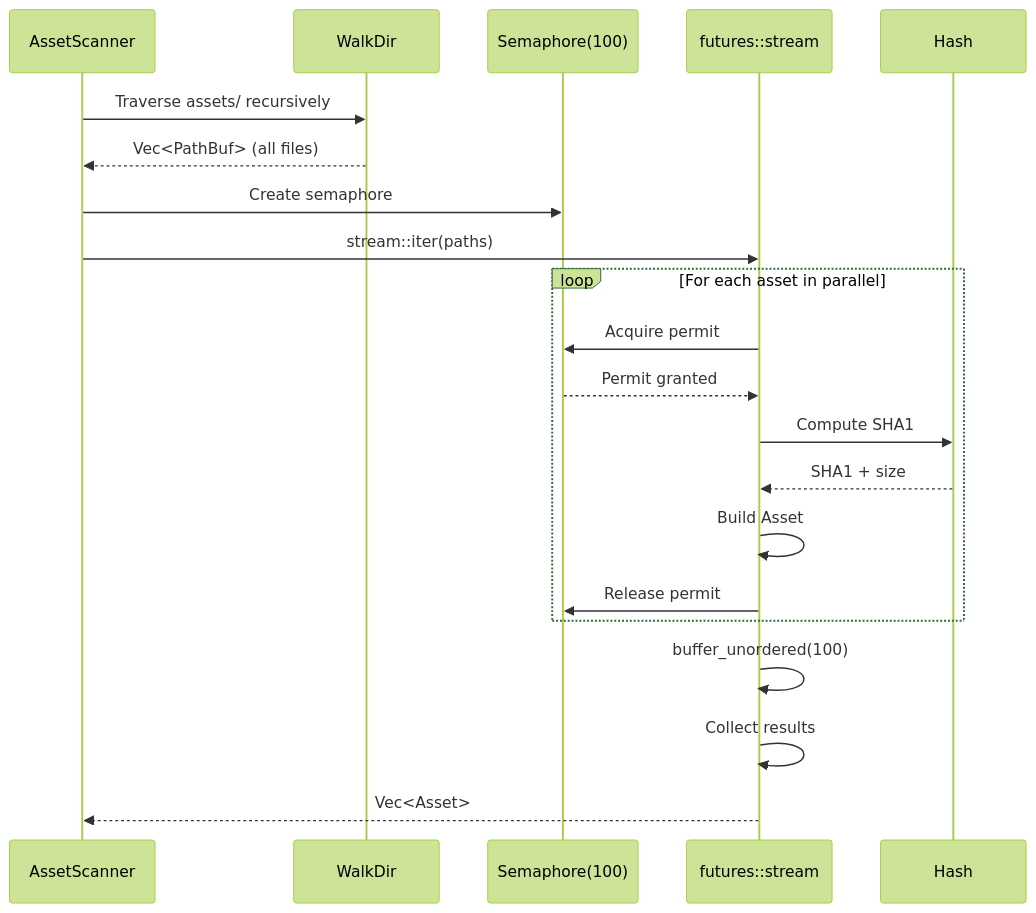
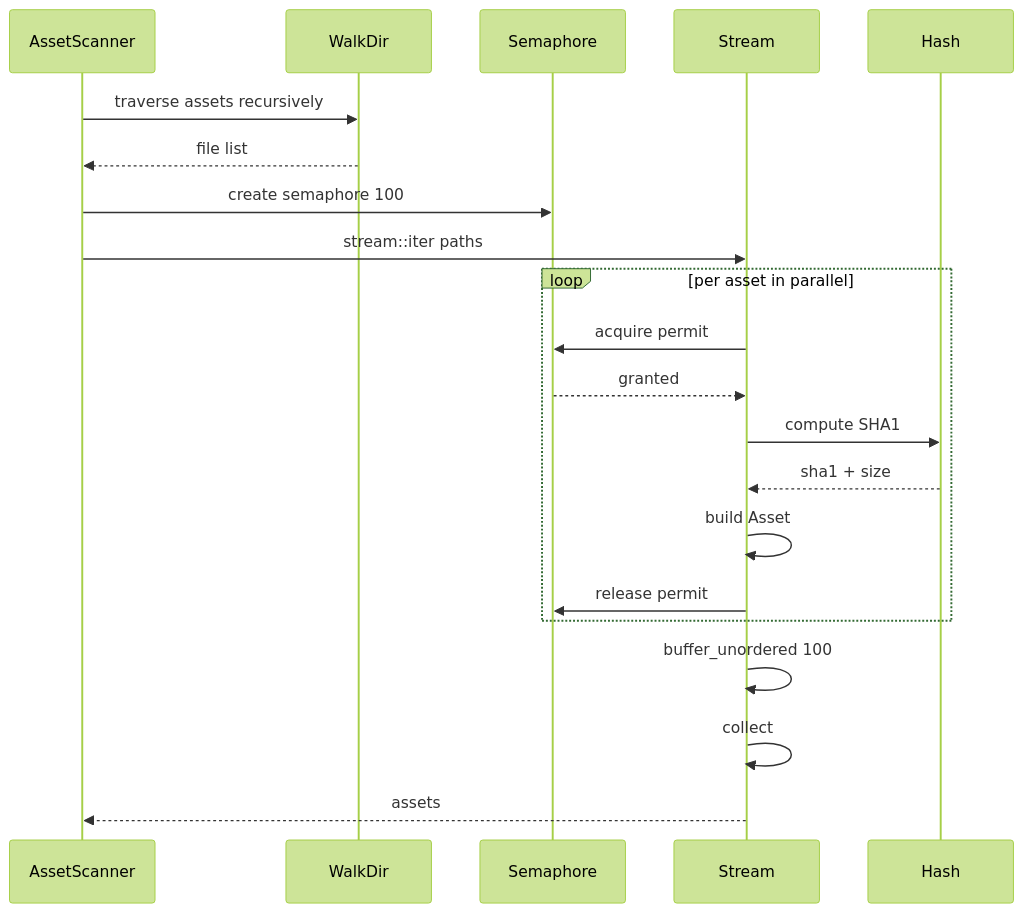
One commit to Lighty-Launcher/LightyUpdater changed the fourth of 6 diagrams in crates/scanner/docs/flow.md. Above: the diagram before and after it, drawn with Mermaid (forest theme). The commit also changed other lines of this file and 22 other files, not shown here.

First line of the commit message:
Simplify per-crate docs + harden mermaid for GitBook

````diff
--- a/crates/scanner/docs/flow.md
+++ b/crates/scanner/docs/flow.md
@@ -96,27 +93,27 @@
 ```mermaid
 sequenceDiagram
     participant AS as AssetScanner
     participant WD as WalkDir
-    participant Sem as Semaphore(100)
-    participant Stream as futures::stream
+    participant Sem as Semaphore
+    participant Stream
     participant Hash
 
-    AS->>WD: Traverse assets/ recursively
-    WD-->>AS: Vec<PathBuf> (all files)
+    AS->>WD: traverse assets recursively
+    WD-->>AS: file list
 
-    AS->>Sem: Create semaphore
-    AS->>Stream: stream::iter(paths)
+    AS->>Sem: create semaphore 100
+    AS->>Stream: stream::iter paths
 
-    loop For each asset in parallel
-        Stream->>Sem: Acquire permit
-        Sem-->>Stream: Permit granted
-        Stream->>Hash: Compute SHA1
-        Hash-->>Stream: SHA1 + size
-        Stream->>Stream: Build Asset
-        Stream->>Sem: Release permit
+    loop per asset in parallel
+        Stream->>Sem: acquire permit
+        Sem-->>Stream: granted
+        Stream->>Hash: compute SHA1
+        Hash-->>Stream: sha1 + size
+        Stream->>Stream: build Asset
+        Stream->>Sem: release permit
     end
 
-    Stream->>Stream: buffer_unordered(100)
-    Stream->>Stream: Collect results
-    Stream-->>AS: Vec<Asset>
+    Stream->>Stream: buffer_unordered 100
+    Stream->>Stream: collect
+    Stream-->>AS: assets
 ```
````
